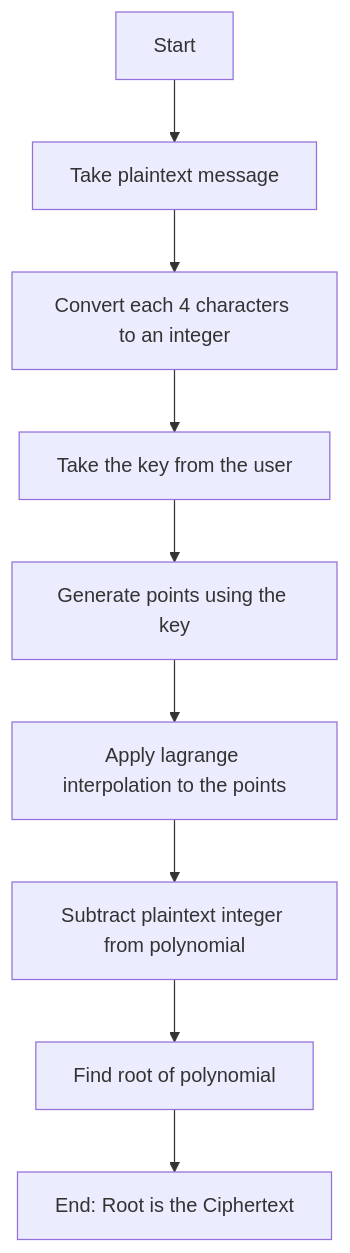
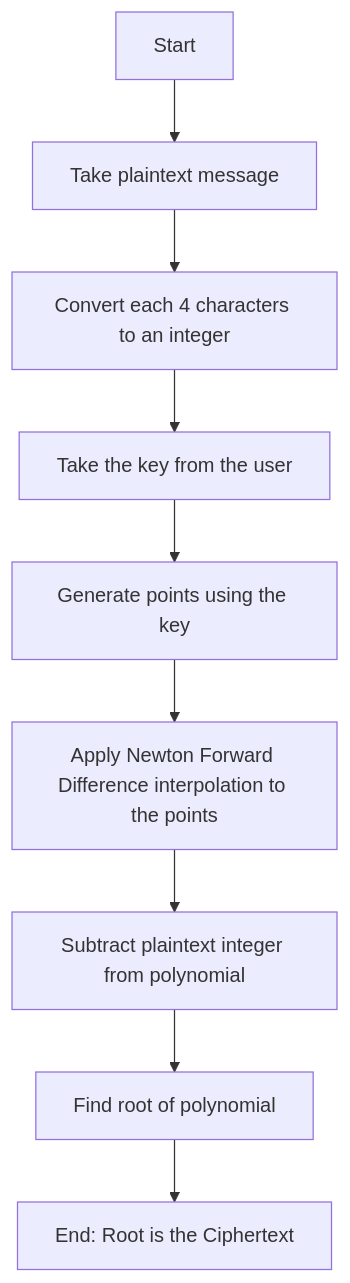
One commit to MohamedEmary/graduation-project changed the second of 3 diagrams in discussion/first-term/discussion.md. Above: the diagram before and after it, drawn with Mermaid. The commit also changed other lines of this file and 6 other files, not shown here.

````diff
--- a/discussion/first-term/discussion.md
+++ b/discussion/first-term/discussion.md
@@ -402,11 +434,11 @@
 ```{.mermaid caption="Encryption Steps Flowchart" width=25%}
 graph TD
 A[Start] --> B[Take plaintext message]
 B --> C[Convert each 4 characters to an integer]
 C --> D[Take the key from the user]
 D --> E[Generate points using the key]
-E --> F[Apply lagrange interpolation to the points]
+E --> F[Apply Newton Forward Difference interpolation to the points]
 F --> G[Subtract plaintext integer from polynomial]
 G --> H[Find root of polynomial]
 H --> I[End: Root is the Ciphertext]
 ```
````
